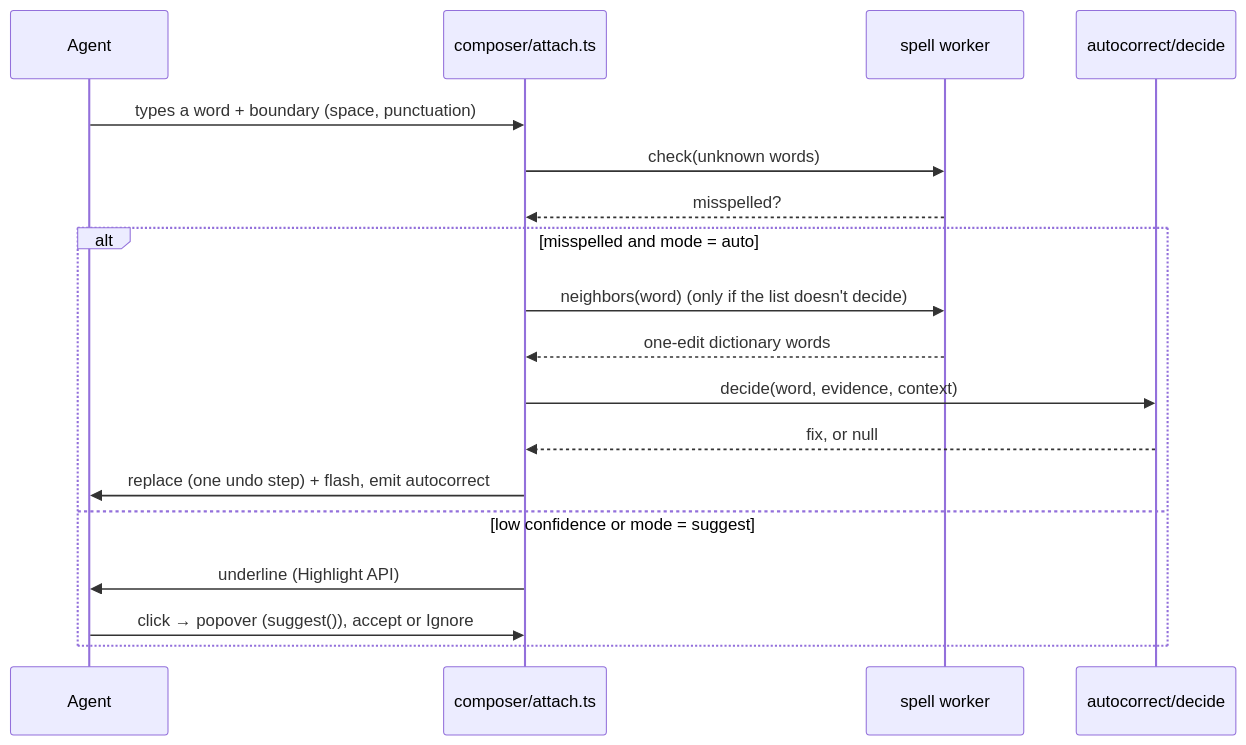
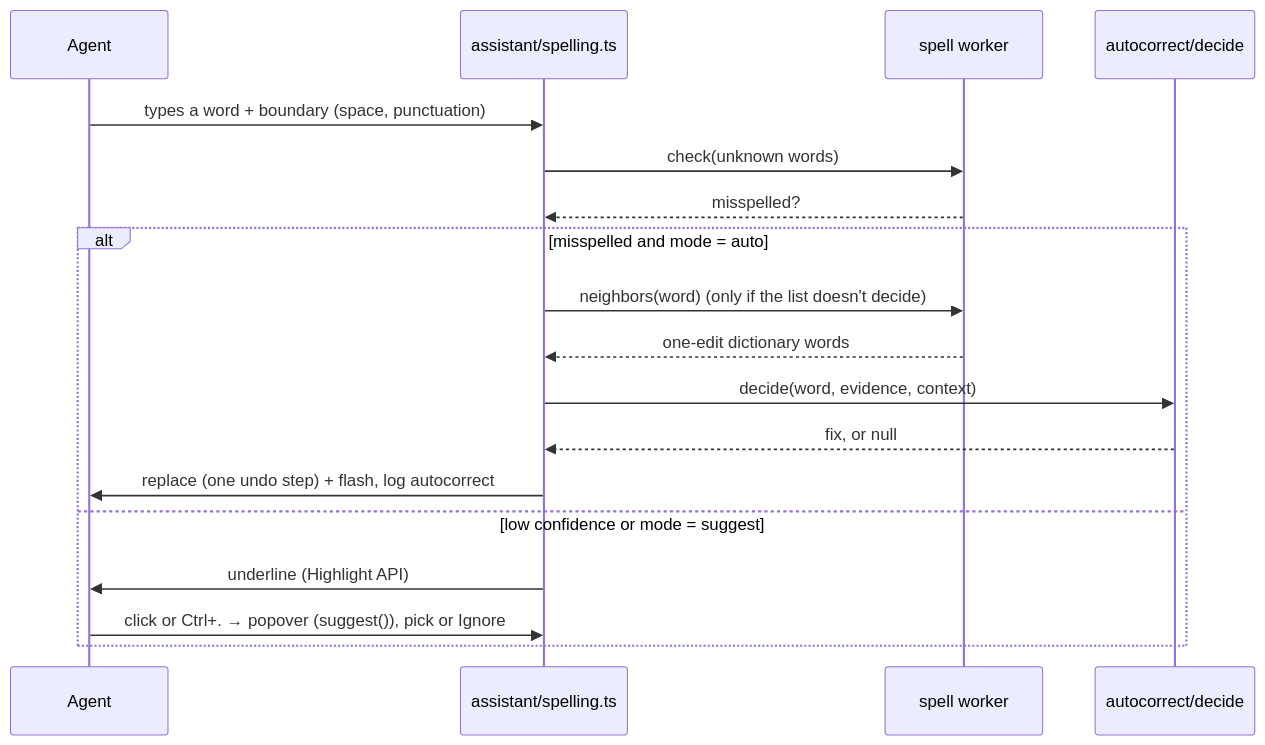
One commit to nikolaimaslak/SpellCheckingPrototype changed the second of 3 diagrams in docs/ARCHITECTURE.md. Above: the diagram before and after it, drawn with Mermaid. The commit also changed other lines of this file and 118 other files, not shown here.

````diff
--- a/docs/ARCHITECTURE.md
+++ b/docs/ARCHITECTURE.md
@@ -72,20 +64,20 @@
 ```mermaid
 sequenceDiagram
   participant A as Agent
-  participant C as composer/attach.ts
+  participant C as assistant/spelling.ts
   participant W as spell worker
   participant D as autocorrect/decide
   A->>C: types a word + boundary (space, punctuation)
   C->>W: check(unknown words)
   W-->>C: misspelled?
   alt misspelled and mode = auto
     C->>W: neighbors(word) (only if the list doesn't decide)
     W-->>C: one-edit dictionary words
     C->>D: decide(word, evidence, context)
     D-->>C: fix, or null
-    C->>A: replace (one undo step) + flash, emit autocorrect
+    C->>A: replace (one undo step) + flash, log autocorrect
   else low confidence or mode = suggest
     C->>A: underline (Highlight API)
-    A->>C: click → popover (suggest()), accept or Ignore
+    A->>C: click or Ctrl+. → popover (suggest()), pick or Ignore
   end
 ```
````
